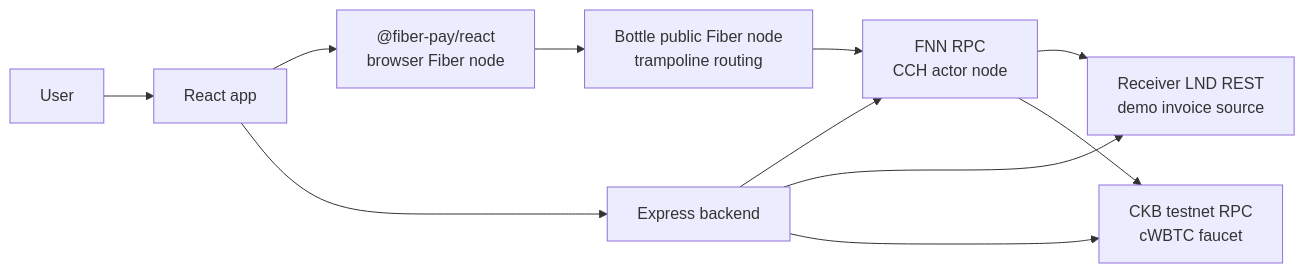
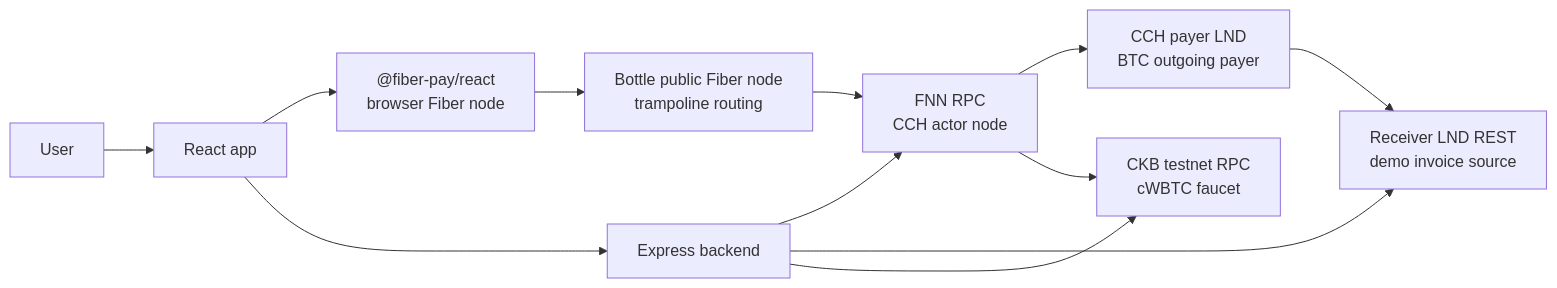
One commit to humble-little-bear/fiber-swap-demo changed the first of 3 diagrams in README.md. Above: the diagram before and after it, drawn with Mermaid. The commit also changed other lines of this file, not shown here.

Commit message:
docs: clarify LND roles and asset flow

````diff
--- a/README.md
+++ b/README.md
@@ -9,15 +9,16 @@
 ```mermaid
 flowchart LR
   user["User"] --> web["React app"]
   web --> browserNode["@fiber-pay/react<br/>browser Fiber node"]
   web --> api["Express backend"]
 
   api --> fnn["FNN RPC<br/>CCH actor node"]
-  api --> lnd["Receiver LND REST<br/>demo invoice source"]
+  api --> receiverLnd["Receiver LND REST<br/>demo invoice source"]
   api --> ckb["CKB testnet RPC<br/>cWBTC faucet"]
 
   browserNode --> bottle["Bottle public Fiber node<br/>trampoline routing"]
   bottle --> fnn
-  fnn --> lnd
+  fnn --> payerLnd["CCH payer LND<br/>BTC outgoing payer"]
+  payerLnd --> receiverLnd
   fnn --> ckb
 ```
````
